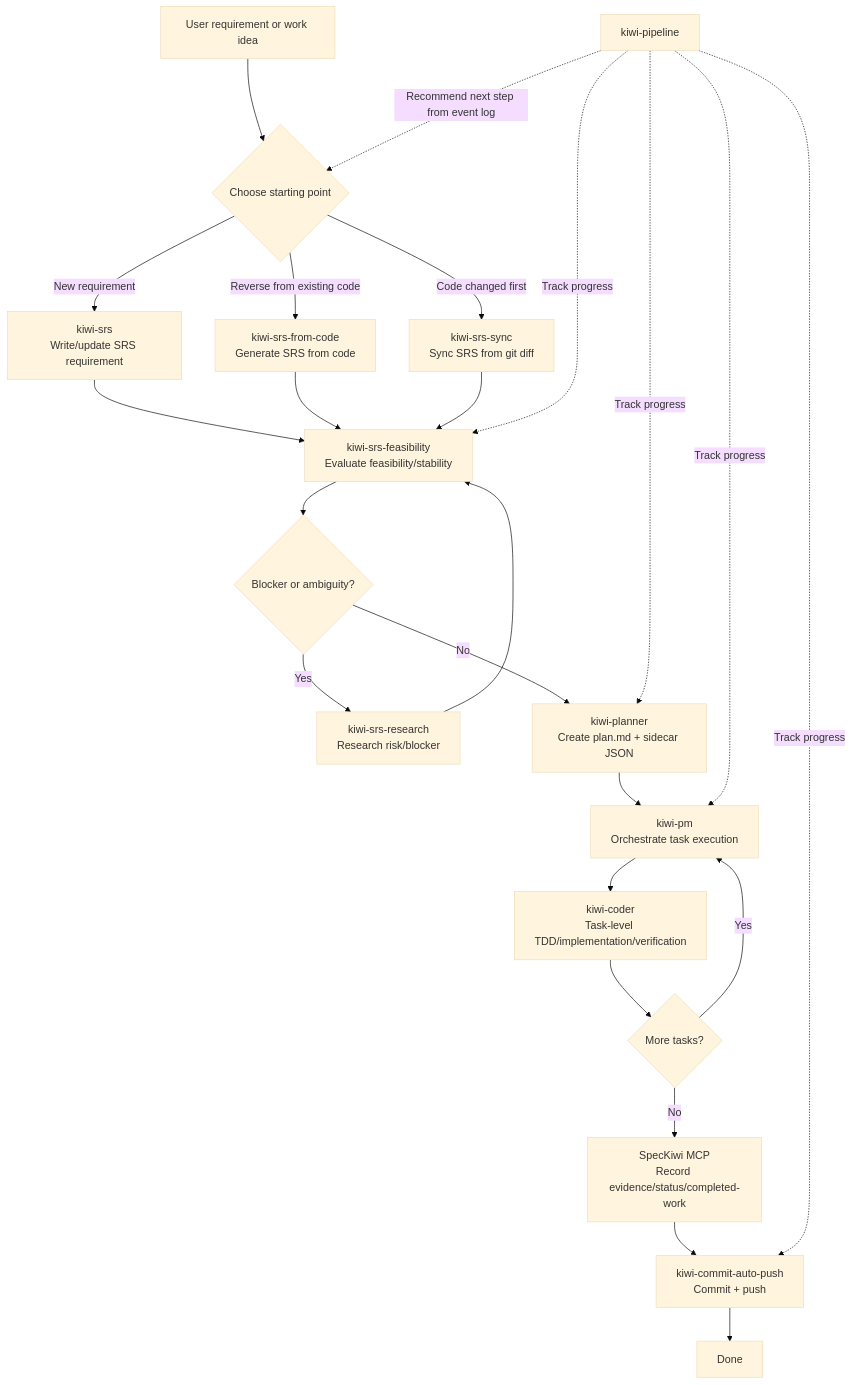
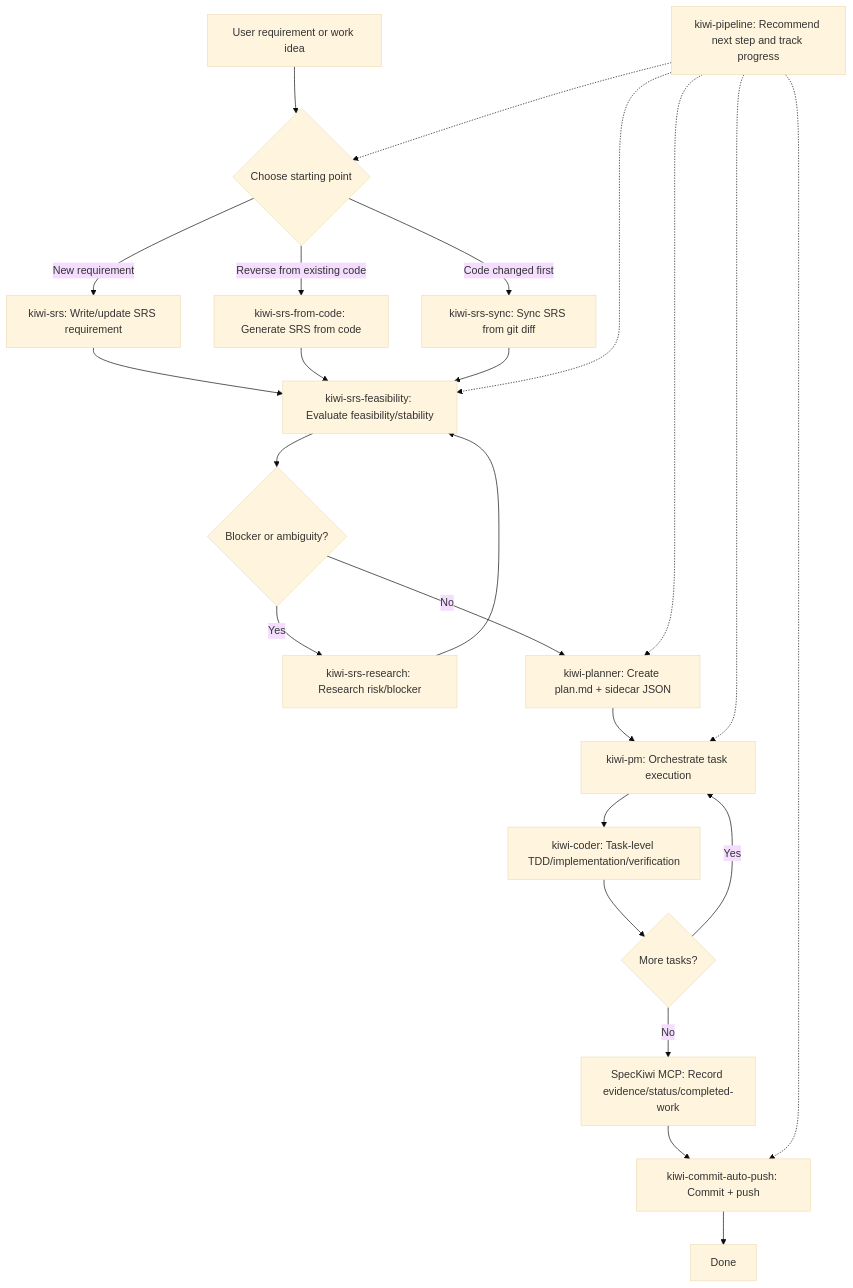
The third of 4 diagrams in README.md (Snoworca/speckiwi), drawn with Mermaid (base theme) before and after one commit. The commit also changed other lines of this file, not shown here.

First line of the commit message:
docs: README Mermaid 다이어그램을 GitHub 호환 문법으로 고친다

````diff
--- a/README.md
+++ b/README.md
@@ -462,30 +462,30 @@
 ```mermaid
 flowchart TD
-    A[User requirement or work idea] --> B{Choose starting point}
-    B -->|New requirement| C[kiwi-srs<br/>Write/update SRS requirement]
-    B -->|Reverse from existing code| D[kiwi-srs-from-code<br/>Generate SRS from code]
-    B -->|Code changed first| E[kiwi-srs-sync<br/>Sync SRS from git diff]
+    A["User requirement or work idea"] --> B{"Choose starting point"}
+    B -->|New requirement| C["kiwi-srs: Write/update SRS requirement"]
+    B -->|Reverse from existing code| D["kiwi-srs-from-code: Generate SRS from code"]
+    B -->|Code changed first| E["kiwi-srs-sync: Sync SRS from git diff"]
 
-    C --> F[kiwi-srs-feasibility<br/>Evaluate feasibility/stability]
+    C --> F["kiwi-srs-feasibility: Evaluate feasibility/stability"]
     D --> F
     E --> F
 
-    F --> G{Blocker or ambiguity?}
-    G -->|Yes| H[kiwi-srs-research<br/>Research risk/blocker]
+    F --> G{"Blocker or ambiguity?"}
+    G -->|Yes| H["kiwi-srs-research: Research risk/blocker"]
     H --> F
-    G -->|No| I[kiwi-planner<br/>Create plan.md + sidecar JSON]
+    G -->|No| I["kiwi-planner: Create plan.md + sidecar JSON"]
 
-    I --> J[kiwi-pm<br/>Orchestrate task execution]
-    J --> K[kiwi-coder<br/>Task-level TDD/implementation/verification]
-    K --> L{More tasks?}
+    I --> J["kiwi-pm: Orchestrate task execution"]
+    J --> K["kiwi-coder: Task-level TDD/implementation/verification"]
+    K --> L{"More tasks?"}
     L -->|Yes| J
-    L -->|No| M[SpecKiwi MCP<br/>Record evidence/status/completed-work]
-    M --> N[kiwi-commit-auto-push<br/>Commit + push]
-    N --> O[Done]
+    L -->|No| M["SpecKiwi MCP: Record evidence/status/completed-work"]
+    M --> N["kiwi-commit-auto-push: Commit + push"]
+    N --> O["Done"]
 
-    P[kiwi-pipeline] -.Recommend next step from event log.-> B
-    P -.Track progress.-> F
-    P -.Track progress.-> I
-    P -.Track progress.-> J
-    P -.Track progress.-> N
+    P["kiwi-pipeline: Recommend next step and track progress"] -.-> B
+    P -.-> F
+    P -.-> I
+    P -.-> J
+    P -.-> N
 ```
````
